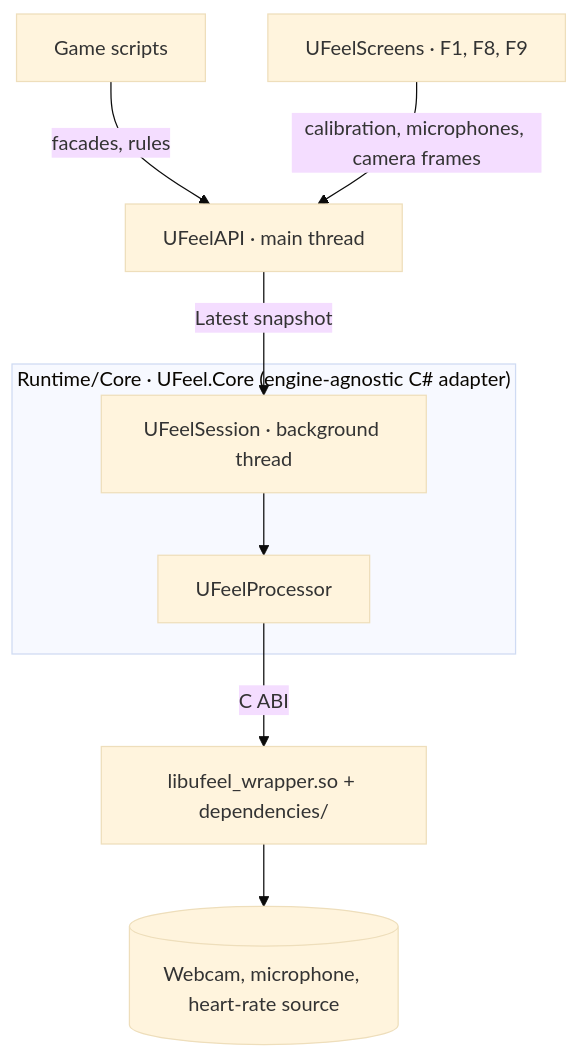
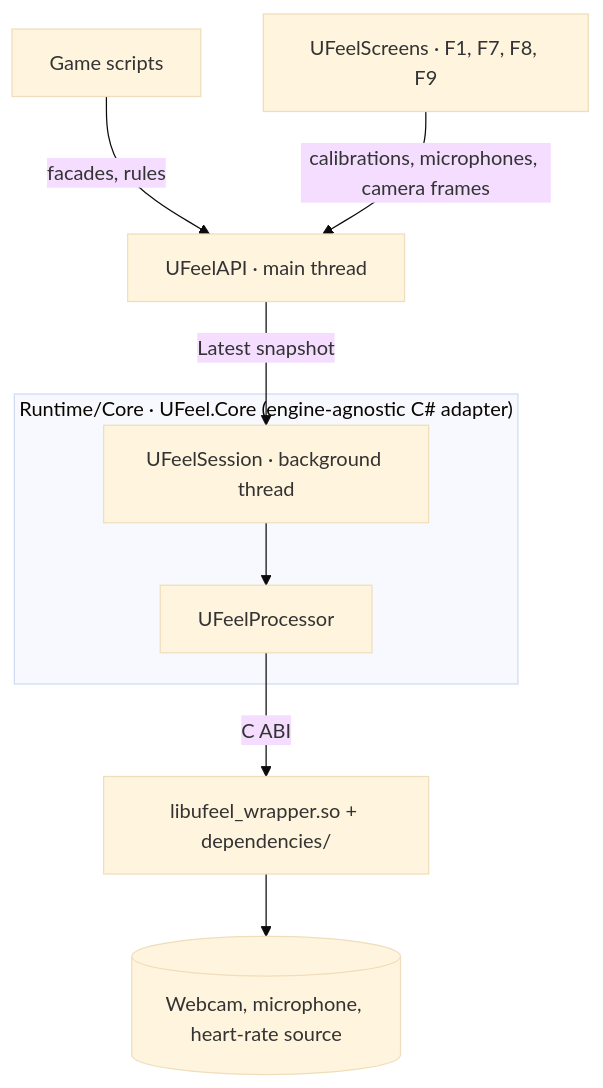
One commit to UFeel-dev/ufeel-unity-game-hub changed the diagram in ARCHITECTURE.md. Above: the diagram before and after it, drawn with Mermaid (base theme). The commit also changed other lines of this file and 7 other files, not shown here.

````diff
--- a/ARCHITECTURE.md
+++ b/ARCHITECTURE.md
@@ -7,11 +7,11 @@
 ```mermaid
 graph TD
     Game[Game scripts] -->|facades, rules| API[UFeelAPI · main thread]
     API -->|Latest snapshot| Session
-    Screens[UFeelScreens · F1, F8, F9] -->|calibration, microphones, camera frames| API
+    Screens[UFeelScreens · F1, F7, F8, F9] -->|calibrations, microphones, camera frames| API
     subgraph Core["Runtime/Core · UFeel.Core (engine-agnostic C# adapter)"]
         Session[UFeelSession · background thread] --> Processor[UFeelProcessor]
     end
     Processor -->|C ABI| Native[libufeel_wrapper.so + dependencies/]
     Native --> Devices[(Webcam, microphone, heart-rate source)]
 ```
````
